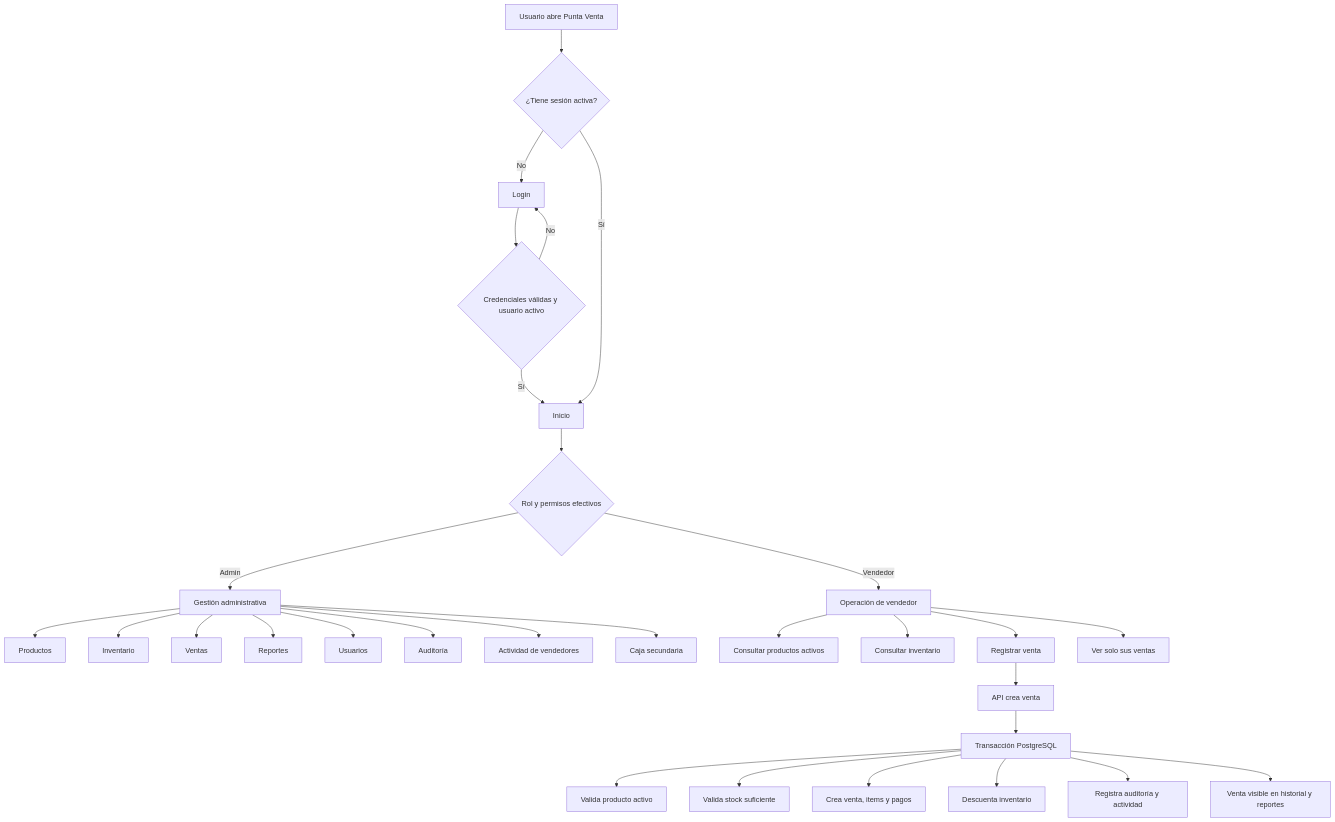
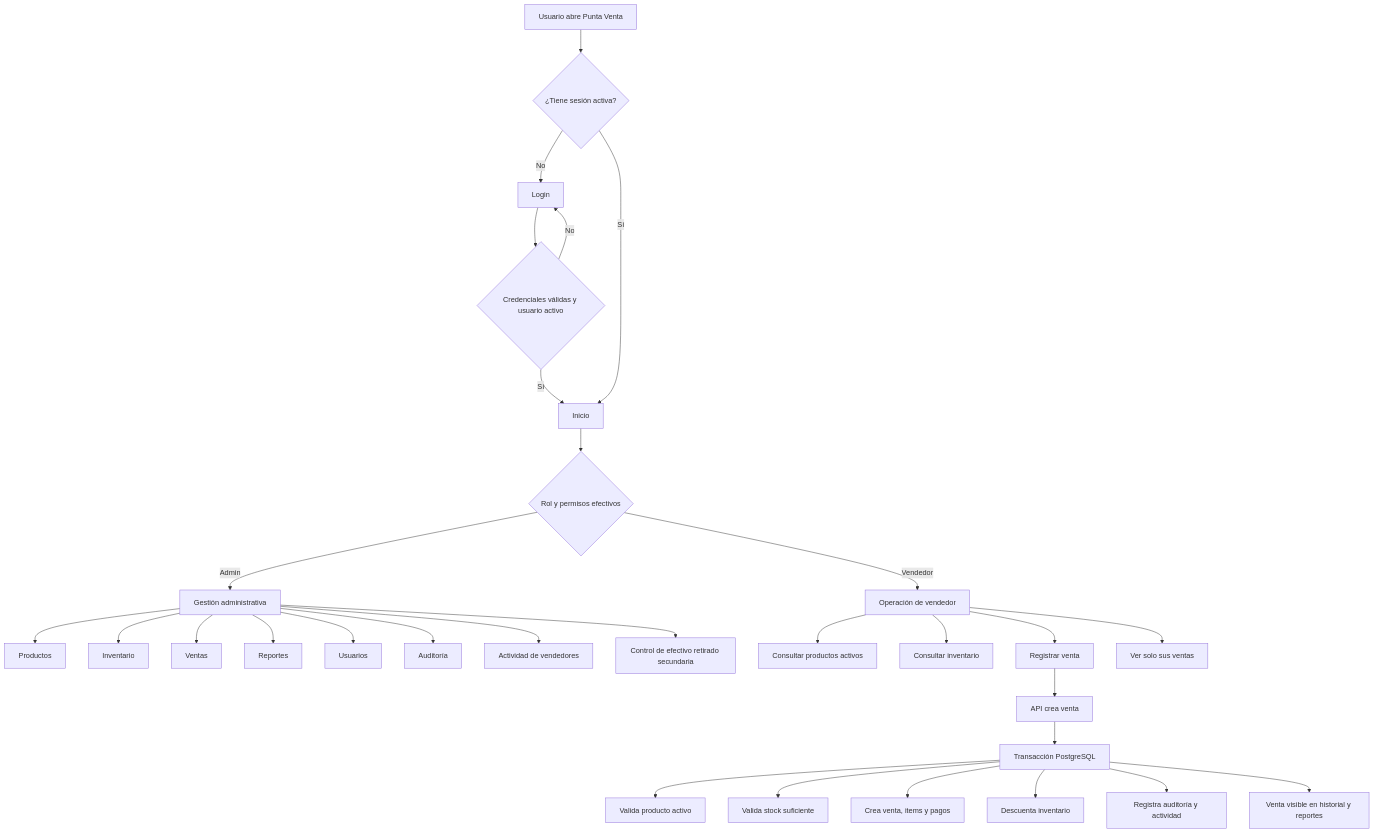
Before and after one commit to Angel-Reyna/Punto-Venta: the first of 6 diagrams in docs/architecture/flow-diagrams.md, drawn with Mermaid. The commit also changed other lines of this file and 28 other files, not shown here.

````diff
--- a/docs/architecture/flow-diagrams.md
+++ b/docs/architecture/flow-diagrams.md
@@ -7,36 +7,36 @@
 ```mermaid
 flowchart TD
   A[Usuario abre Punta Venta] --> B{¿Tiene sesión activa?}
   B -- No --> C[Login]
   C --> D{Credenciales válidas y usuario activo}
   D -- No --> C
   D -- Sí --> E[Inicio]
   B -- Sí --> E
 
   E --> F{Rol y permisos efectivos}
   F -- Admin --> G[Gestión administrativa]
   F -- Vendedor --> H[Operación de vendedor]
 
   G --> G1[Productos]
   G --> G2[Inventario]
   G --> G3[Ventas]
   G --> G4[Reportes]
   G --> G5[Usuarios]
   G --> G6[Auditoría]
   G --> G7[Actividad de vendedores]
-  G --> G8[Caja secundaria]
+  G --> G8[Control de efectivo retirado secundaria]
 
   H --> H1[Consultar productos activos]
   H --> H2[Consultar inventario]
   H --> H3[Registrar venta]
   H --> H4[Ver solo sus ventas]
 
   H3 --> I[API crea venta]
   I --> J[Transacción PostgreSQL]
   J --> J1[Valida producto activo]
   J --> J2[Valida stock suficiente]
   J --> J3[Crea venta, items y pagos]
   J --> J4[Descuenta inventario]
   J --> J5[Registra auditoría y actividad]
   J --> K[Venta visible en historial y reportes]
 ```
````
